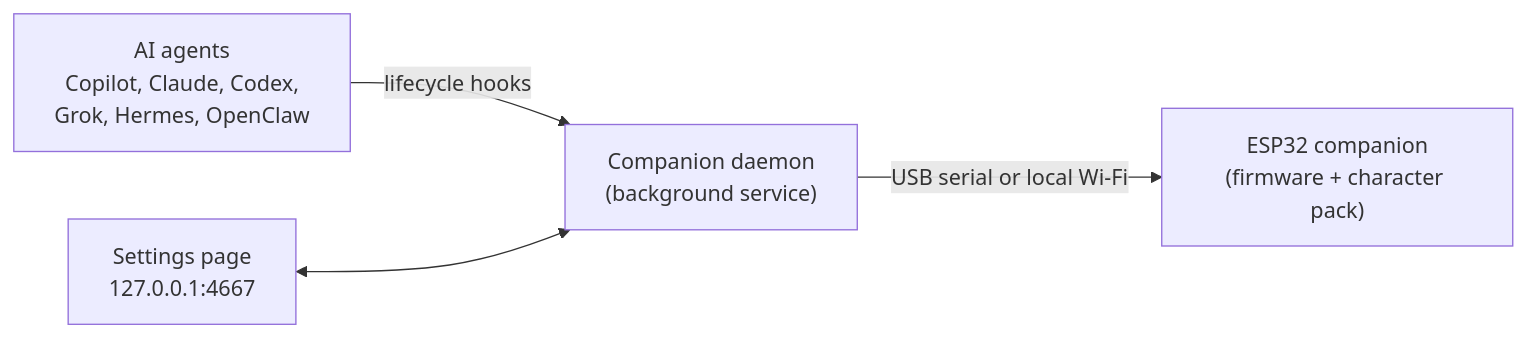
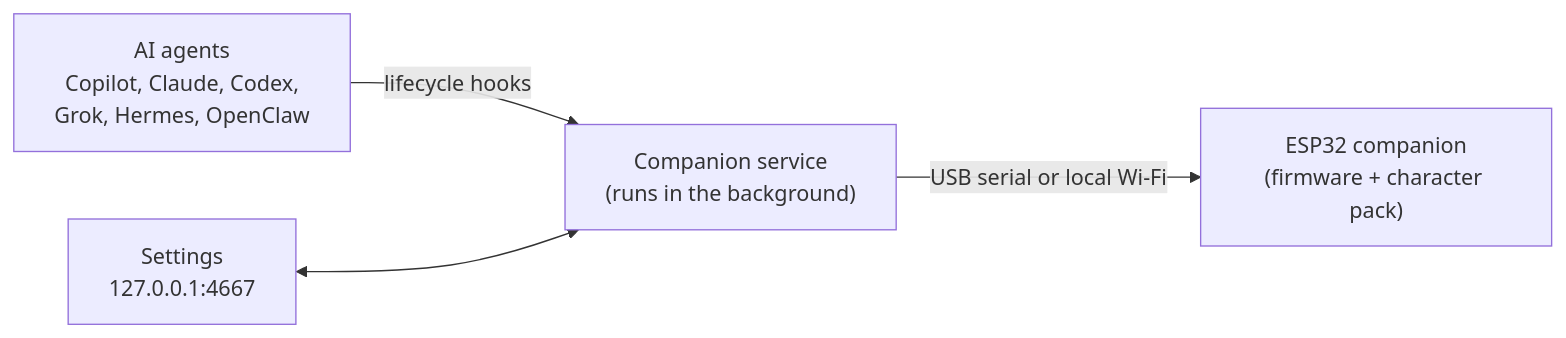
The diagram in README.md (DanWahlin/agent-buddy), drawn with Mermaid before and after one commit. The commit also changed other lines of this file and 2 other files, not shown here.

````diff
--- a/README.md
+++ b/README.md
@@ -82,6 +87,6 @@
 ```mermaid
 flowchart LR
-    A["AI agents<br/>Copilot, Claude, Codex,<br/>Grok, Hermes, OpenClaw"] -- lifecycle hooks --> D["Companion daemon<br/>(background service)"]
-    B["Settings page<br/>127.0.0.1:4667"] <--> D
+    A["AI agents<br/>Copilot, Claude, Codex,<br/>Grok, Hermes, OpenClaw"] -- lifecycle hooks --> D["Companion service<br/>(runs in the background)"]
+    B["Settings<br/>127.0.0.1:4667"] <--> D
     D -- USB serial or local Wi-Fi --> E["ESP32 companion<br/>(firmware + character pack)"]
 ```
````
